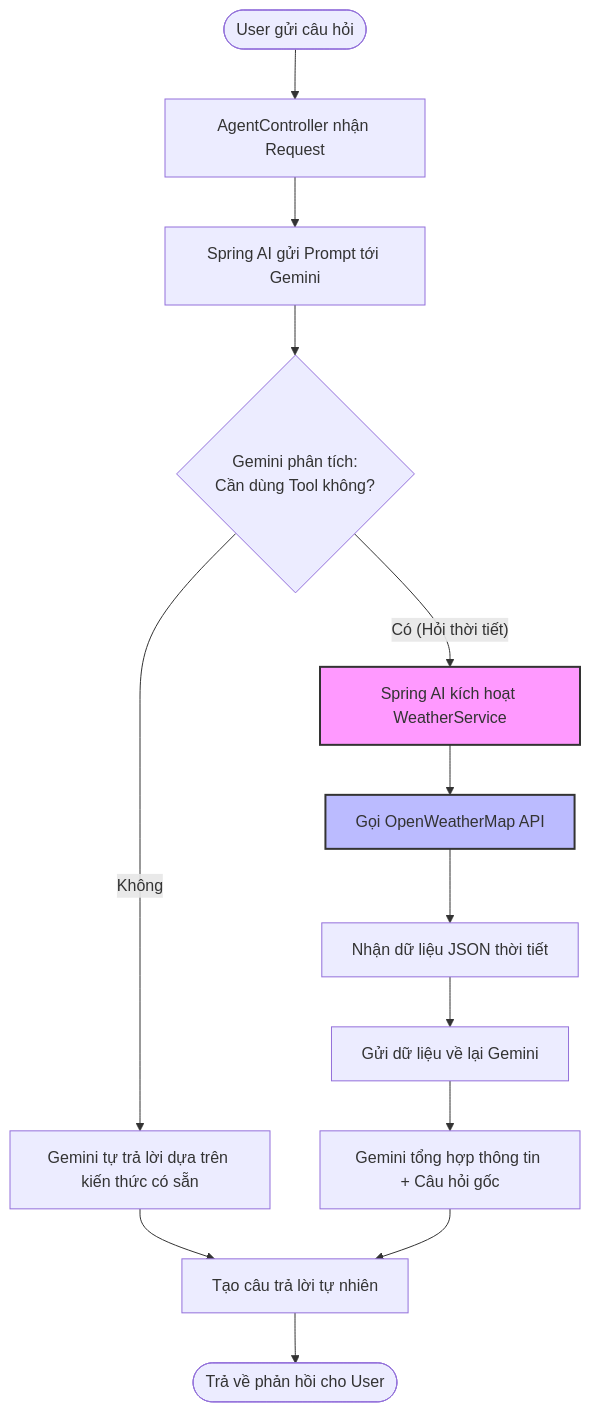
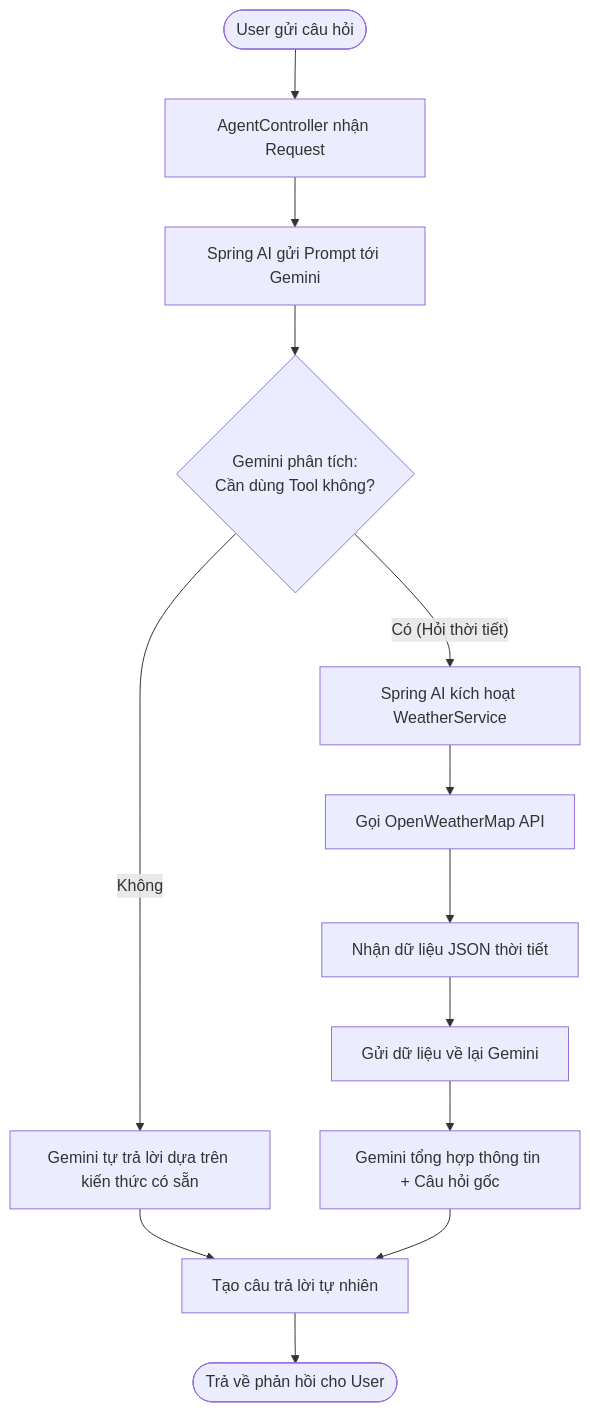
One commit to Trung1234/retrieval-weather-ai-agent changed the second of 2 diagrams in README.md. Above: the diagram before and after it, drawn with Mermaid.

````diff
--- a/README.md
+++ b/README.md
@@ -33,24 +33,22 @@
 ```mermaid
 flowchart TD
     Start([User gửi câu hỏi]) --> A[AgentController nhận Request]
     A --> B[Spring AI gửi Prompt tới Gemini]
     
     B --> C{Gemini phân tích:<br/>Cần dùng Tool không?}
     
     C -- Không --> D[Gemini tự trả lời dựa trên kiến thức có sẵn]
     
     C -- Có (Hỏi thời tiết) --> E[Spring AI kích hoạt WeatherService]
     E --> F[Gọi OpenWeatherMap API]
     F --> G[Nhận dữ liệu JSON thời tiết]
     G --> H[Gửi dữ liệu về lại Gemini]
     
     H --> I[Gemini tổng hợp thông tin + Câu hỏi gốc]
     D --> J[Tạo câu trả lời tự nhiên]
     I --> J
     
     J --> End([Trả về phản hồi cho User])
-    
-    style E fill:#f9f,stroke:#333,stroke-width:2px
-    style F fill:#bbf,stroke:#333,stroke-width:2px
+
   
 ```
````
